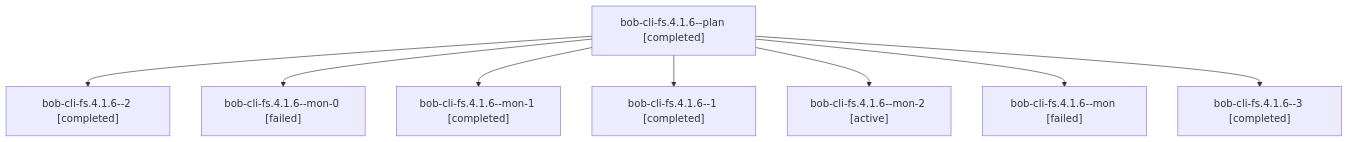
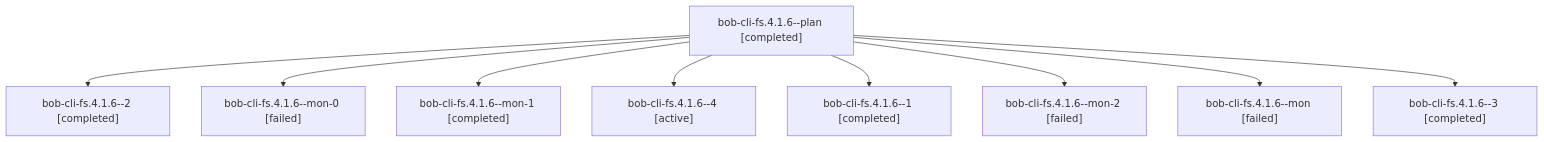
Before and after one commit to bobs-org/bob-cli--agents: the diagram in sessions/bbugyi200.athena.bob-cli-fs.4.1.6.md, drawn with Mermaid. The commit also changed other lines of this file and 81 other files, not shown here.

````diff
--- a/sessions/bbugyi200.athena.bob-cli-fs.4.1.6.md
+++ b/sessions/bbugyi200.athena.bob-cli-fs.4.1.6.md
@@ -9,18 +9,20 @@
 ```mermaid
 flowchart TD
   n0["bob-cli-fs.4.1.6--plan [completed]"]
   n1["bob-cli-fs.4.1.6--2 [completed]"]
   n0 --> n1
   n2["bob-cli-fs.4.1.6--mon-0 [failed]"]
   n0 --> n2
   n3["bob-cli-fs.4.1.6--mon-1 [completed]"]
   n0 --> n3
-  n4["bob-cli-fs.4.1.6--1 [completed]"]
+  n4["bob-cli-fs.4.1.6--4 [active]"]
   n0 --> n4
-  n5["bob-cli-fs.4.1.6--mon-2 [active]"]
+  n5["bob-cli-fs.4.1.6--1 [completed]"]
   n0 --> n5
-  n6["bob-cli-fs.4.1.6--mon [failed]"]
+  n6["bob-cli-fs.4.1.6--mon-2 [failed]"]
   n0 --> n6
-  n7["bob-cli-fs.4.1.6--3 [completed]"]
+  n7["bob-cli-fs.4.1.6--mon [failed]"]
   n0 --> n7
+  n8["bob-cli-fs.4.1.6--3 [completed]"]
+  n0 --> n8
 ```
````
